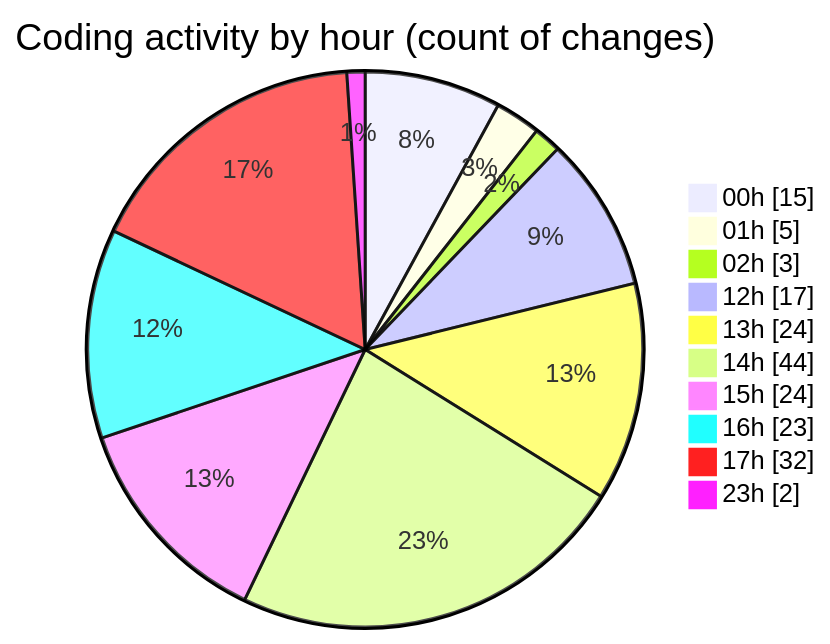
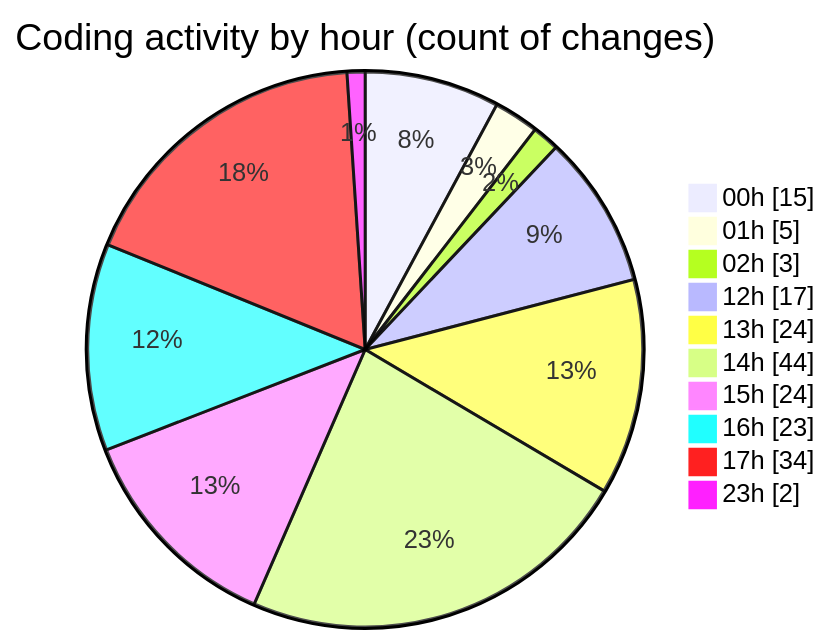
One commit to lephambinh05/code-tracking changed the second of 2 diagrams in 2025-08-13/rentotp/README.md. Above: the diagram before and after it, drawn with Mermaid. The commit also changed other lines of this file and 1 other file, not shown here.

````diff
--- a/2025-08-13/rentotp/README.md
+++ b/2025-08-13/rentotp/README.md
@@ -59,14 +59,14 @@
 ```mermaid
 pie showData
 title Coding activity by hour (count of changes)
 "00h" : 15
 "01h" : 5
 "02h" : 3
 "12h" : 17
 "13h" : 24
 "14h" : 44
 "15h" : 24
 "16h" : 23
-"17h" : 32
+"17h" : 34
 "23h" : 2
 ```
````
